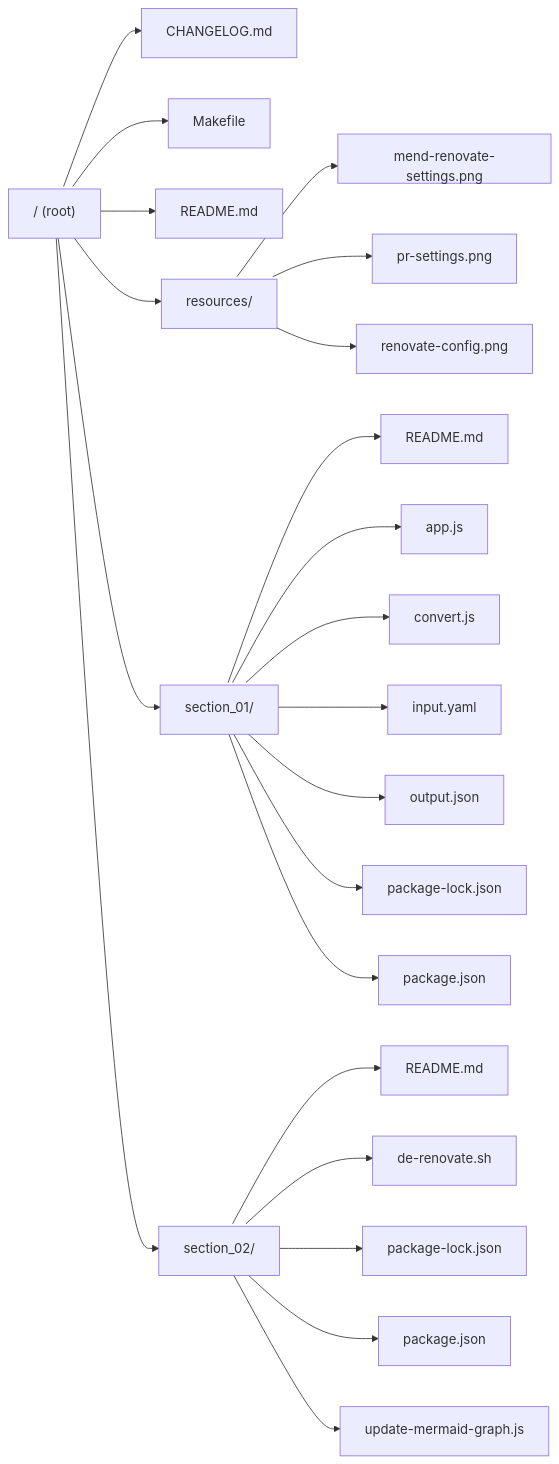
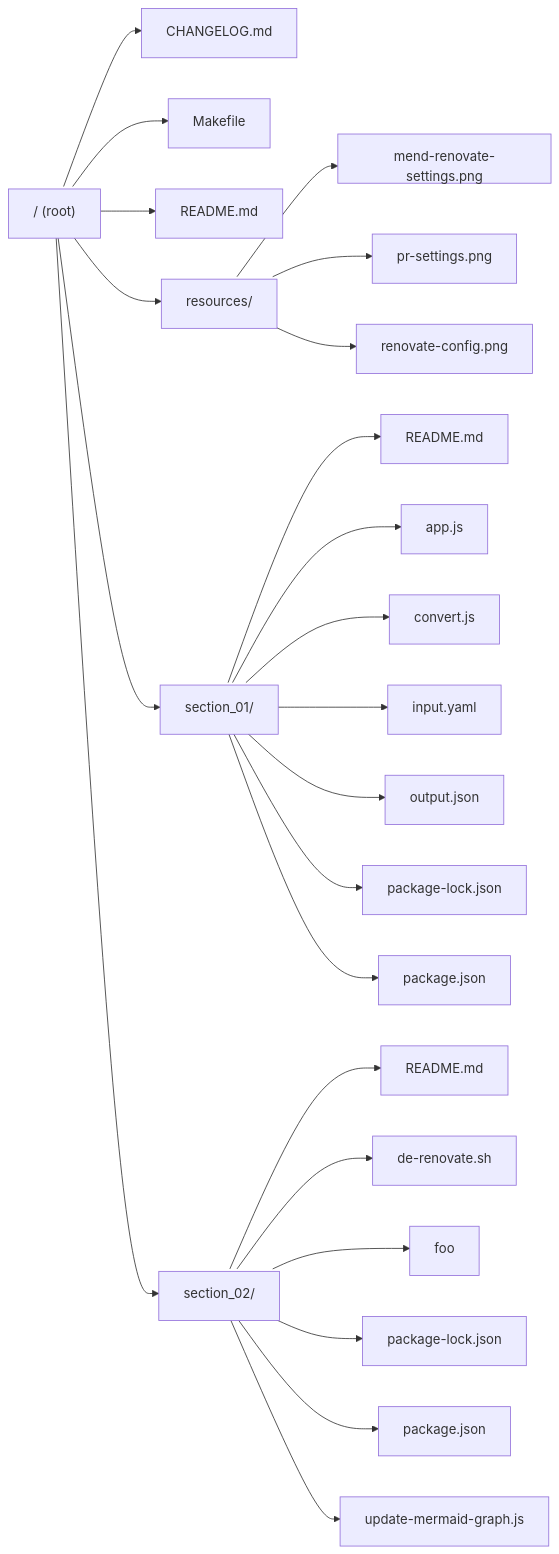
One commit to allenhub-net/The--Complete--Github--Actions--and--Workflows--Guide changed the diagram in README.md. Above: the diagram before and after it, drawn with Mermaid.

Commit message:
chore: update Mermaid graph in README.md

````diff
--- a/README.md
+++ b/README.md
@@ -99,29 +99,30 @@
 ```mermaid
 
 %% Repository Structure
 graph LR;
     %% Double vertical spacing
     classDef doubledSpacing height:60px;
     ROOT["/ (root)"]:::doubledSpacing
     ROOT --> ._CHANGELOGMD["CHANGELOG.md"]:::doubledSpacing
     ROOT --> ._MAKEFILE["Makefile"]:::doubledSpacing
     ROOT --> ._READMEMD["README.md"]:::doubledSpacing
     ROOT --> ._RESOURCES["resources/"]:::doubledSpacing
     ._RESOURCES --> .RESOURCES_MENDRENOVATESETTINGSPNG["mend-renovate-settings.png"]:::doubledSpacing
     ._RESOURCES --> .RESOURCES_PRSETTINGSPNG["pr-settings.png"]:::doubledSpacing
     ._RESOURCES --> .RESOURCES_RENOVATECONFIGPNG["renovate-config.png"]:::doubledSpacing
     ROOT --> ._SECTION_01["section_01/"]:::doubledSpacing
     ._SECTION_01 --> .SECTION_01_READMEMD["README.md"]:::doubledSpacing
     ._SECTION_01 --> .SECTION_01_APPJS["app.js"]:::doubledSpacing
     ._SECTION_01 --> .SECTION_01_CONVERTJS["convert.js"]:::doubledSpacing
     ._SECTION_01 --> .SECTION_01_INPUTYAML["input.yaml"]:::doubledSpacing
     ._SECTION_01 --> .SECTION_01_OUTPUTJSON["output.json"]:::doubledSpacing
     ._SECTION_01 --> .SECTION_01_PACKAGELOCKJSON["package-lock.json"]:::doubledSpacing
     ._SECTION_01 --> .SECTION_01_PACKAGEJSON["package.json"]:::doubledSpacing
     ROOT --> ._SECTION_02["section_02/"]:::doubledSpacing
     ._SECTION_02 --> .SECTION_02_READMEMD["README.md"]:::doubledSpacing
     ._SECTION_02 --> .SECTION_02_DERENOVATESH["de-renovate.sh"]:::doubledSpacing
+    ._SECTION_02 --> .SECTION_02_FOO["foo"]:::doubledSpacing
     ._SECTION_02 --> .SECTION_02_PACKAGELOCKJSON["package-lock.json"]:::doubledSpacing
     ._SECTION_02 --> .SECTION_02_PACKAGEJSON["package.json"]:::doubledSpacing
     ._SECTION_02 --> .SECTION_02_UPDATEMERMAIDGRAPHJS["update-mermaid-graph.js"]:::doubledSpacing
 ```
````
